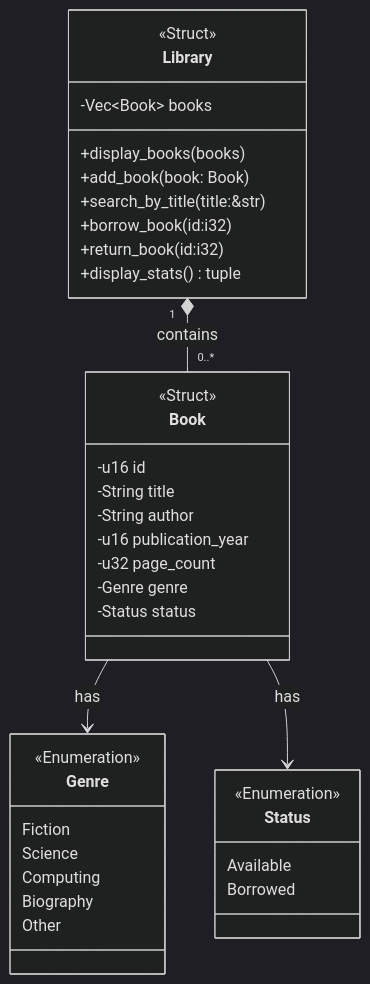
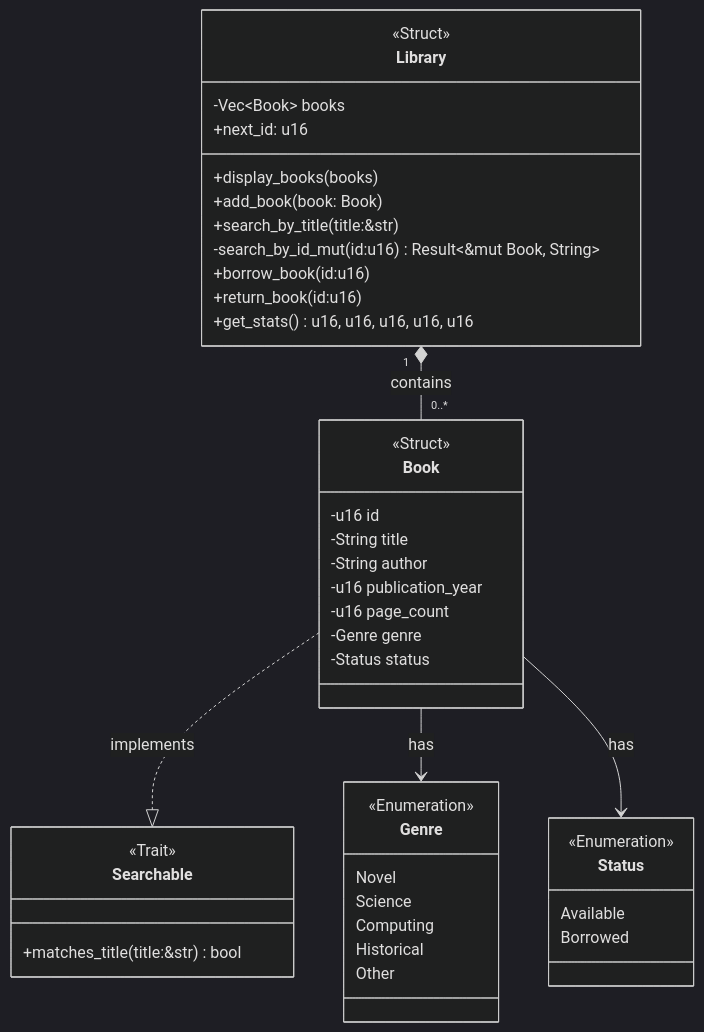
One commit to Jaska28/TP1-Rust-Fondamental changed the first of 2 diagrams in README.md. Above: the diagram before and after it, drawn with Mermaid. The commit also changed other lines of this file, not shown here.

````diff
--- a/README.md
+++ b/README.md
@@ -20,44 +40,52 @@
 ```mermaid
 %%{init: {"theme": "dark"}}%%
 classDiagram
 class Library {
     <<Struct>>
     -Vec~Book~ books
+    +next_id: u16
     +display_books(books)
     +add_book(book: Book)
     +search_by_title(title:&str)
-    +borrow_book(id:i32)
-    +return_book(id:i32)
-    +display_stats() tuple
+    -search_by_id_mut(id:u16) Result~&mut Book, String~
+    +borrow_book(id:u16)
+    +return_book(id:u16)
+    +get_stats() u16, u16, u16, u16, u16
 }
 
-Library "1" *-- "0..*" Book : contains
 class Book {
     <<Struct>>
     -u16 id
     -String title
     -String author
     -u16 publication_year
-    -u32 page_count
+    -u16 page_count
     -Genre genre
     -Status status
 }
 
+class Searchable {
+    <<Trait>>
+    +matches_title(title:&str) bool
+}
+
 class Genre {
     <<Enumeration>>
-    Fiction
+    Novel
     Science
     Computing
-    Biography
+    Historical
     Other
 }
 
 class Status {
     <<Enumeration>>
     Available
     Borrowed
 }
 
+Book ..|> Searchable : implements
 Book --> Genre : has
 Book --> Status : has
+Library "1" *-- "0..*" Book : contains
 ```
````
